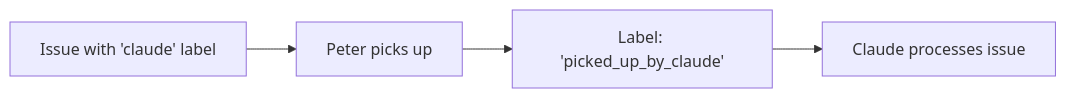
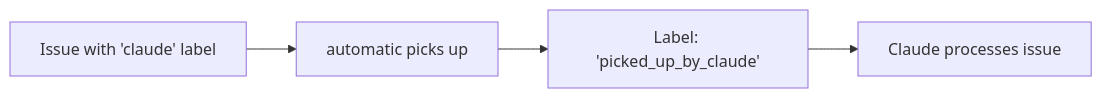
The first of 2 diagrams in README.md (bilbo290/automagic), drawn with Mermaid before and after one commit. The commit also changed other lines of this file and 6 other files, not shown here.

````diff
--- a/README.md
+++ b/README.md
@@ -159,6 +159,6 @@
 ```mermaid
 graph LR
-    A[Issue with 'claude' label] --> B[Peter picks up]
+    A[Issue with 'claude' label] --> B[automatic picks up]
     B --> C[Label: 'picked_up_by_claude']
     C --> D[Claude processes issue]
 ```
````
